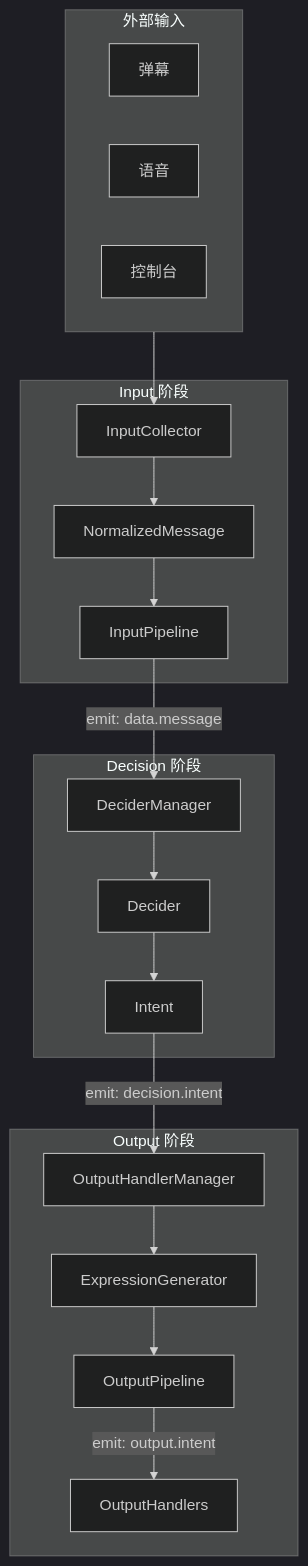
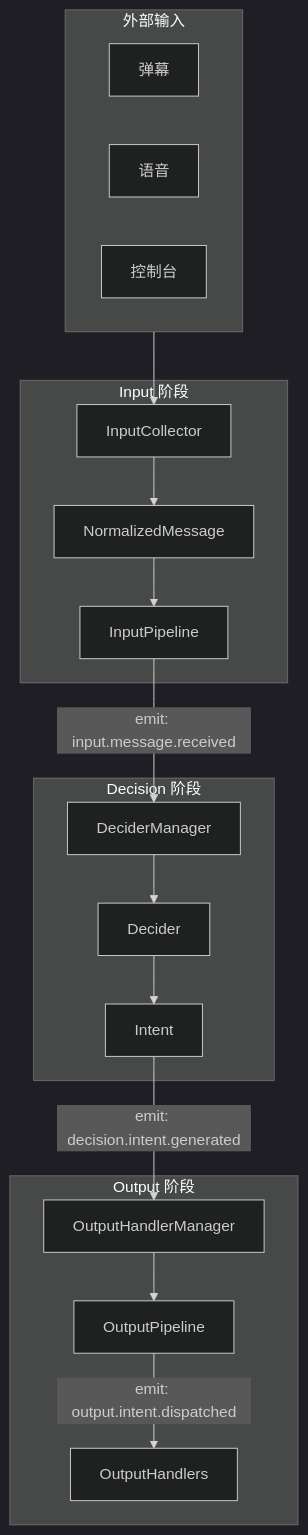
Before and after one commit to Mai-with-u/Amaidesu: the first of 5 diagrams in docs/architecture/data-flow.md, drawn with Mermaid (dark theme). The commit also changed other lines of this file and 59 other files, not shown here.

````diff
--- a/docs/architecture/data-flow.md
+++ b/docs/architecture/data-flow.md
@@ -114,38 +118,36 @@
 ```mermaid
 flowchart TB
     subgraph External["外部输入"]
         Danmaku["弹幕"]
         Voice["语音"]
         Console["控制台"]
     end
 
     subgraph Input["Input 阶段"]
         IP[InputCollector]
         NM[NormalizedMessage]
         Pipeline[InputPipeline]
     end
 
     subgraph Decision["Decision 阶段"]
         DM[DeciderManager]
         DP[Decider]
         Intent[Intent]
     end
 
     subgraph Output["Output 阶段"]
         OPM[OutputHandlerManager]
-        EG[ExpressionGenerator]
         OPipeline[OutputPipeline]
         OPS[OutputHandlers]
     end
 
     External --> IP
     IP --> NM
     NM --> Pipeline
-    Pipeline -->|"emit: data.message"| DM
+    Pipeline -->|"emit: input.message.received"| DM
     DM --> DP
     DP --> Intent
-    Intent -->|"emit: decision.intent"| OPM
-    OPM --> EG
-    EG --> OPipeline
-    OPipeline -->|"emit: output.intent"| OPS
+    Intent -->|"emit: decision.intent.generated"| OPM
+    OPM --> OPipeline
+    OPipeline -->|"emit: output.intent.dispatched"| OPS
 ```
````
